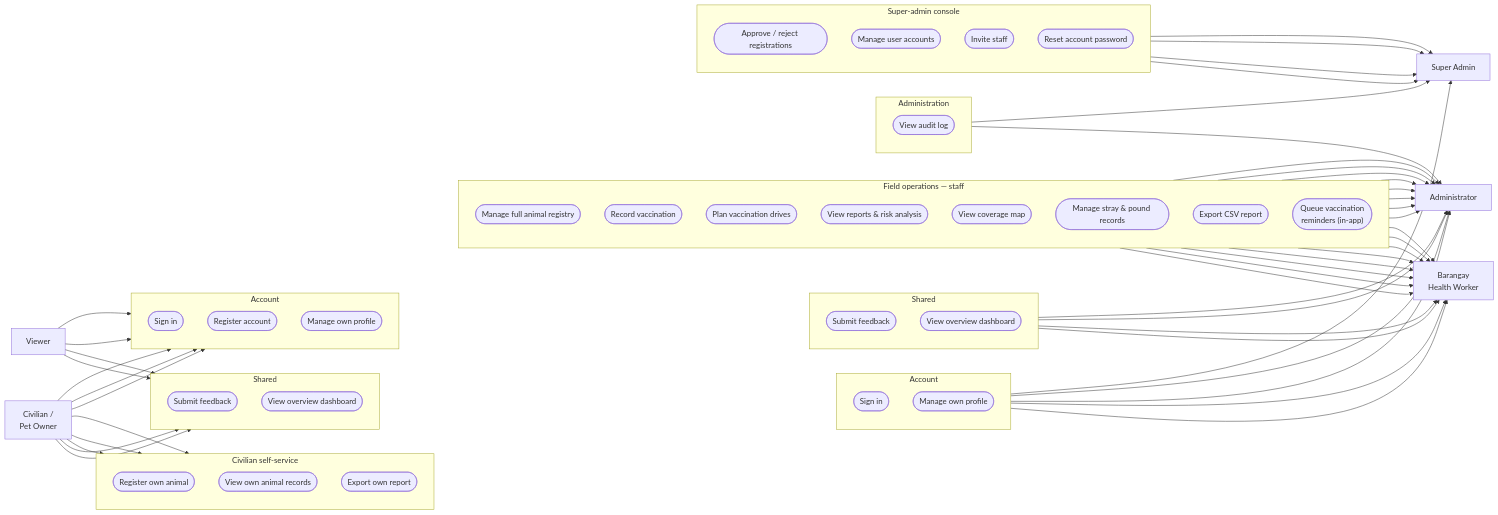
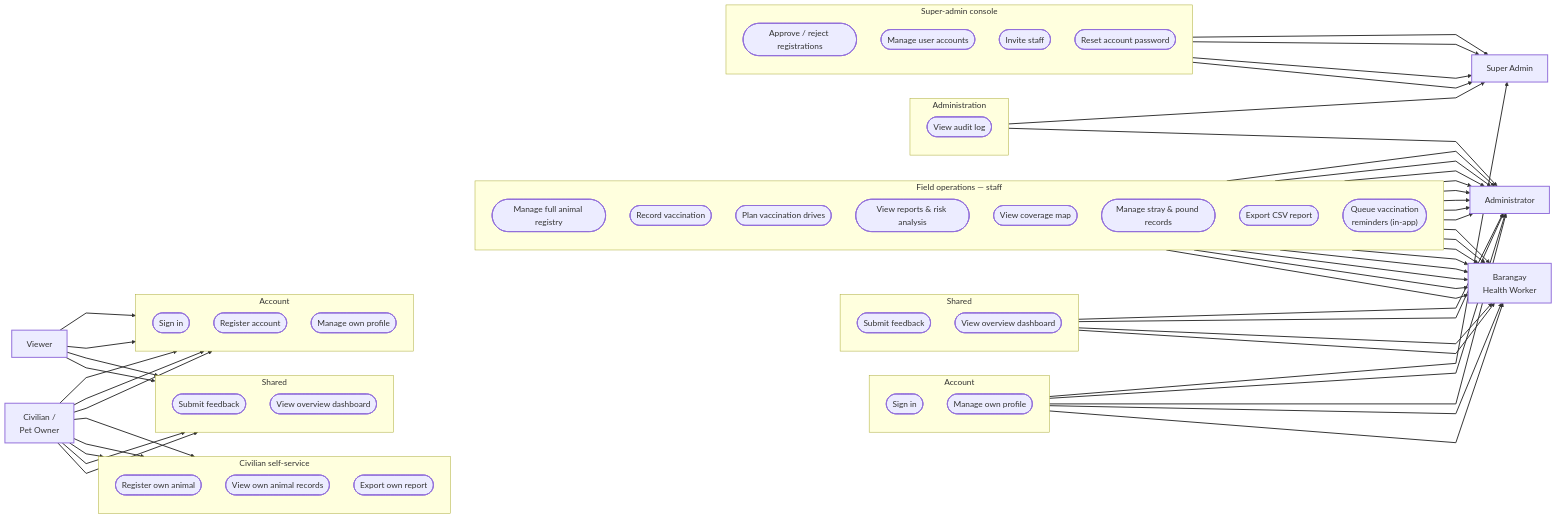
Before and after one commit to kiniakoangaccount/vaccitrack-capstone: the eighth of 8 diagrams in DIAGRAMS.md, drawn with Mermaid. The commit also changed other lines of this file and 8 other files, not shown here.

First line of the commit message:
Fix SMS-path inconsistency in system diagrams, add geocoding integration, render diagram screenshots

````diff
--- a/DIAGRAMS.md
+++ b/DIAGRAMS.md
@@ -305,75 +337,79 @@
 ```mermaid
+%%{init: {'flowchart': {'curve': 'linear'}, 'themeVariables': {'fontSize': '17px'}}}%%
 flowchart LR
+  classDef default stroke-width:2px;
+
   CIV["Civilian /<br/>Pet Owner"]
   VIEW["Viewer"]
 
   subgraph UC_ACCT["Account"]
     direction TB
     UC1(["Sign in"])
     UC2(["Register account"])
     UC3(["Manage own profile"])
   end
 
   subgraph UC_CIV["Civilian self-service"]
     direction TB
     UC4(["Register own animal"])
     UC5(["View own animal records"])
     UC6(["Export own report"])
   end
 
   subgraph UC_COMMON["Shared"]
     direction TB
     UC7(["Submit feedback"])
     UC8(["View overview dashboard"])
   end
 
   subgraph UC_ACCT2["Account "]
     direction TB
     UC1B(["Sign in"])
     UC3B(["Manage own profile"])
   end
 
   subgraph UC_COMMON2["Shared "]
     direction TB
     UC7B(["Submit feedback"])
     UC8B(["View overview dashboard"])
   end
 
   subgraph UC_STAFF["Field operations — staff"]
     direction TB
     UC9(["Manage full animal registry"])
     UC10(["Record vaccination"])
     UC11(["Plan vaccination drives"])
     UC12(["View reports & risk analysis"])
     UC13(["View coverage map"])
     UC14(["Manage stray & pound records"])
     UC15(["Export CSV report"])
     UC16(["Queue vaccination<br/>reminders (in-app)"])
   end
 
   subgraph UC_ADMIN["Administration"]
     direction TB
     UC17(["View audit log"])
   end
 
   subgraph UC_SUPER["Super-admin console"]
     direction TB
     UC18(["Approve / reject registrations"])
     UC19(["Manage user accounts"])
     UC20(["Invite staff"])
     UC21(["Reset account password"])
   end
 
   BHW["Barangay<br/>Health Worker"]
   ADMIN["Administrator"]
   SUPER["Super Admin"]
 
   CIV --> UC1 & UC2 & UC3 & UC4 & UC5 & UC6 & UC7 & UC8
   VIEW --> UC1 & UC3 & UC7 & UC8
 
   UC1B & UC3B & UC7B & UC8B & UC9 & UC10 & UC11 & UC12 & UC13 & UC14 & UC15 & UC16 --> BHW
   UC1B & UC3B & UC7B & UC8B & UC9 & UC10 & UC11 & UC12 & UC13 & UC14 & UC15 & UC16 & UC17 --> ADMIN
   UC1B & UC17 & UC18 & UC19 & UC20 & UC21 --> SUPER
 
   UC8 ~~~ UC1B
+  linkStyle default stroke-width:2px;
 ```
````
